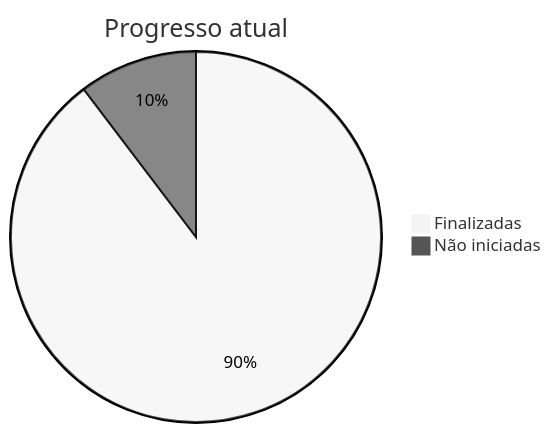
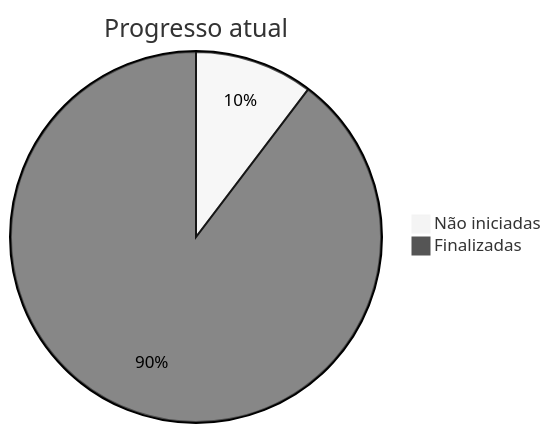
Before and after one commit to IshikawaRasoto/SupplySync: the second of 2 diagrams in Cronograma.md, drawn with Mermaid (neutral theme). The commit also changed other lines of this file, not shown here.

````diff
--- a/Cronograma.md
+++ b/Cronograma.md
@@ -100,7 +100,7 @@
 ```mermaid
 
 pie title Progresso atual
+    "Não iniciadas" : 3
     "Finalizadas" : 26
-    "Não iniciadas" : 3
 
 ```
````
